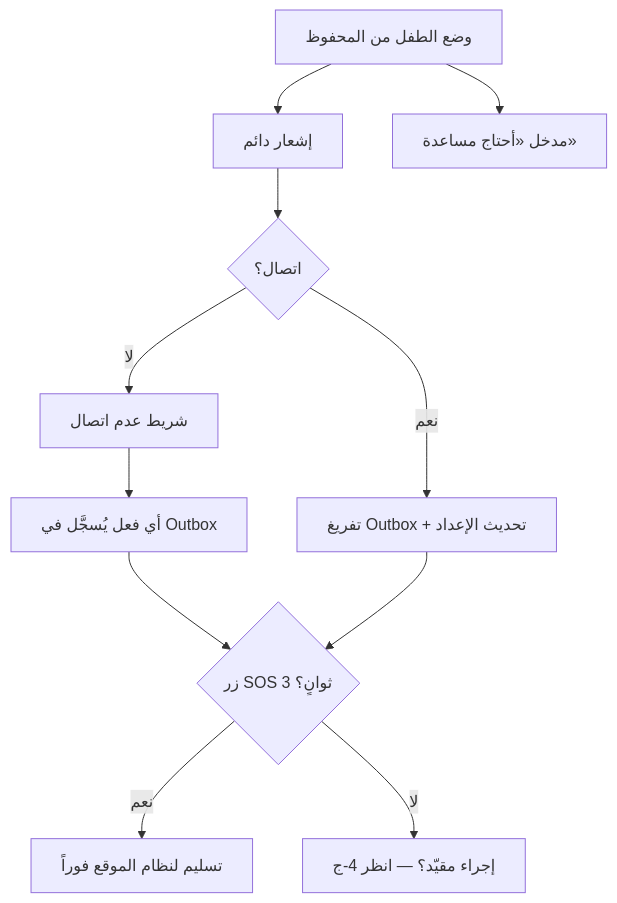
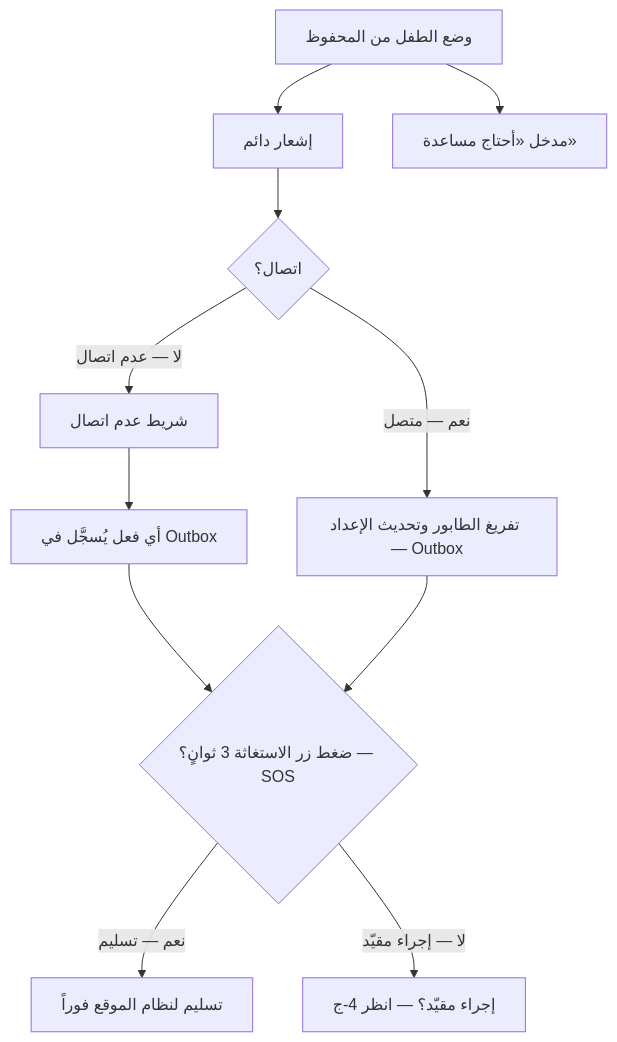
Diagram 14 of 26 in docs/family-os/governance/phases/phase-1/S1-01-app-shell-and-platform/DIAGRAMS.md (Bassam-mohammed-alqaeadi/family-os-v2), drawn with Mermaid before and after one commit. The commit also changed other lines of this file, not shown here.

````diff
--- a/docs/family-os/governance/phases/phase-1/S1-01-app-shell-and-platform/DIAGRAMS.md
+++ b/docs/family-os/governance/phases/phase-1/S1-01-app-shell-and-platform/DIAGRAMS.md
@@ -514,13 +536,13 @@
 ```mermaid
 flowchart TD
     Child[وضع الطفل من المحفوظ] --> Notif[إشعار دائم]
     Child --> Help[مدخل «أحتاج مساعدة»]
     Notif --> Conn{اتصال؟}
-    Conn -->|لا| Banner[شريط عدم اتصال]
+    Conn -->|لا — عدم اتصال| Banner[شريط عدم اتصال]
     Banner --> Act[أي فعل يُسجَّل في Outbox]
-    Conn -->|نعم| Sync[تفريغ Outbox + تحديث الإعداد]
-    Act --> SOS{زر SOS 3 ثوانٍ؟}
+    Conn -->|نعم — متصل| Sync[تفريغ الطابور وتحديث الإعداد — Outbox]
+    Act --> SOS{ضغط زر الاستغاثة 3 ثوانٍ؟ — SOS}
     Sync --> SOS
-    SOS -->|نعم| Send[تسليم لنظام الموقع فوراً]
-    SOS -->|لا| ToC[إجراء مقيّد؟ — انظر 4-ج]
+    SOS -->|نعم — تسليم| Send[تسليم لنظام الموقع فوراً]
+    SOS -->|لا — إجراء مقيّد| ToC[إجراء مقيّد؟ — انظر 4-ج]
 ```
````
